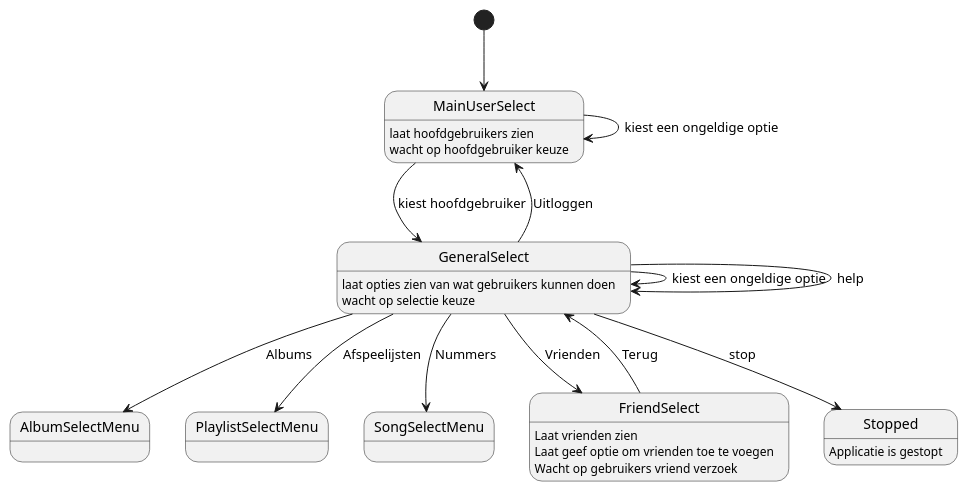
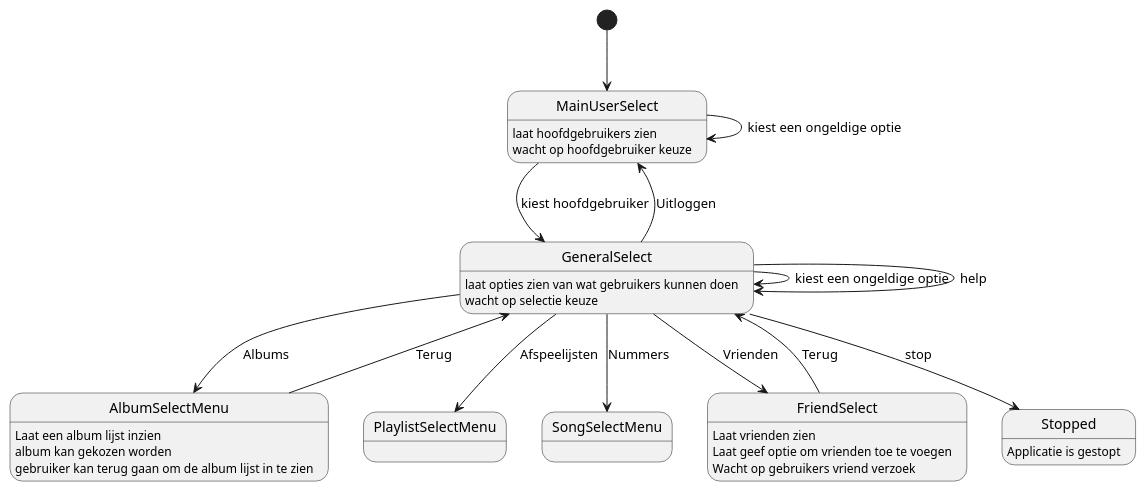
One commit to A-A-Tel/media-player changed the diagram in flow-diagram.puml. Above: the diagram before and after it, drawn with PlantUML.

Commit message:
Wat meer connecties gemaakt met pijlen

```diff
--- a/flow-diagram.puml
+++ b/flow-diagram.puml
@@ -1,22 +1,26 @@
 @startuml
 [*] --> MainUserSelect
 state MainUserSelect : laat hoofdgebruikers zien
 state MainUserSelect : wacht op hoofdgebruiker keuze
 MainUserSelect --> MainUserSelect : kiest een ongeldige optie
 MainUserSelect --> GeneralSelect : kiest hoofdgebruiker
 state GeneralSelect : laat opties zien van wat gebruikers kunnen doen
 state GeneralSelect : wacht op selectie keuze
 GeneralSelect --> GeneralSelect : kiest een ongeldige optie
 GeneralSelect --> MainUserSelect : Uitloggen
 GeneralSelect --> GeneralSelect : help
 GeneralSelect --> AlbumSelectMenu : Albums
 GeneralSelect --> PlaylistSelectMenu : Afspeelijsten
 GeneralSelect --> SongSelectMenu : Nummers
 GeneralSelect --> FriendSelect : Vrienden
 FriendSelect --> GeneralSelect : Terug
+state AlbumSelectMenu : Laat een album lijst inzien
+state AlbumSelectMenu : album kan gekozen worden
+state AlbumSelectMenu : gebruiker kan terug gaan om de album lijst in te zien
+AlbumSelectMenu --> GeneralSelect : Terug
 state FriendSelect : Laat vrienden zien
 state FriendSelect : Laat geef optie om vrienden toe te voegen
 state FriendSelect : Wacht op gebruikers vriend verzoek
 GeneralSelect --> Stopped : stop
 state Stopped : Applicatie is gestopt
 @enduml
```
